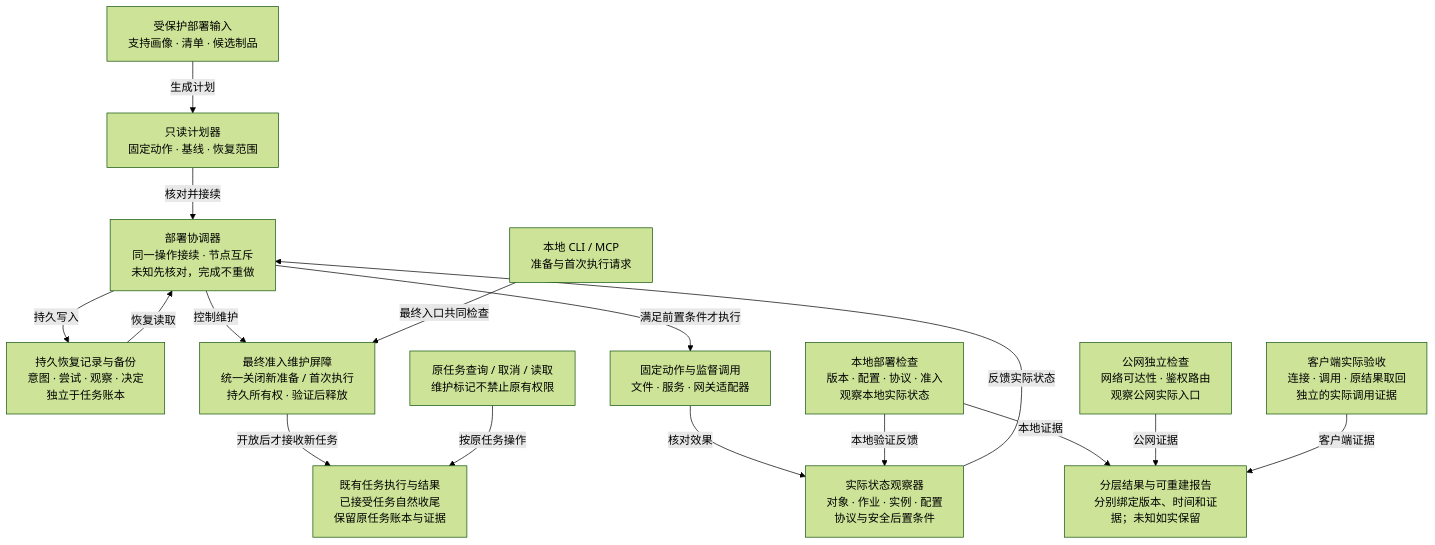
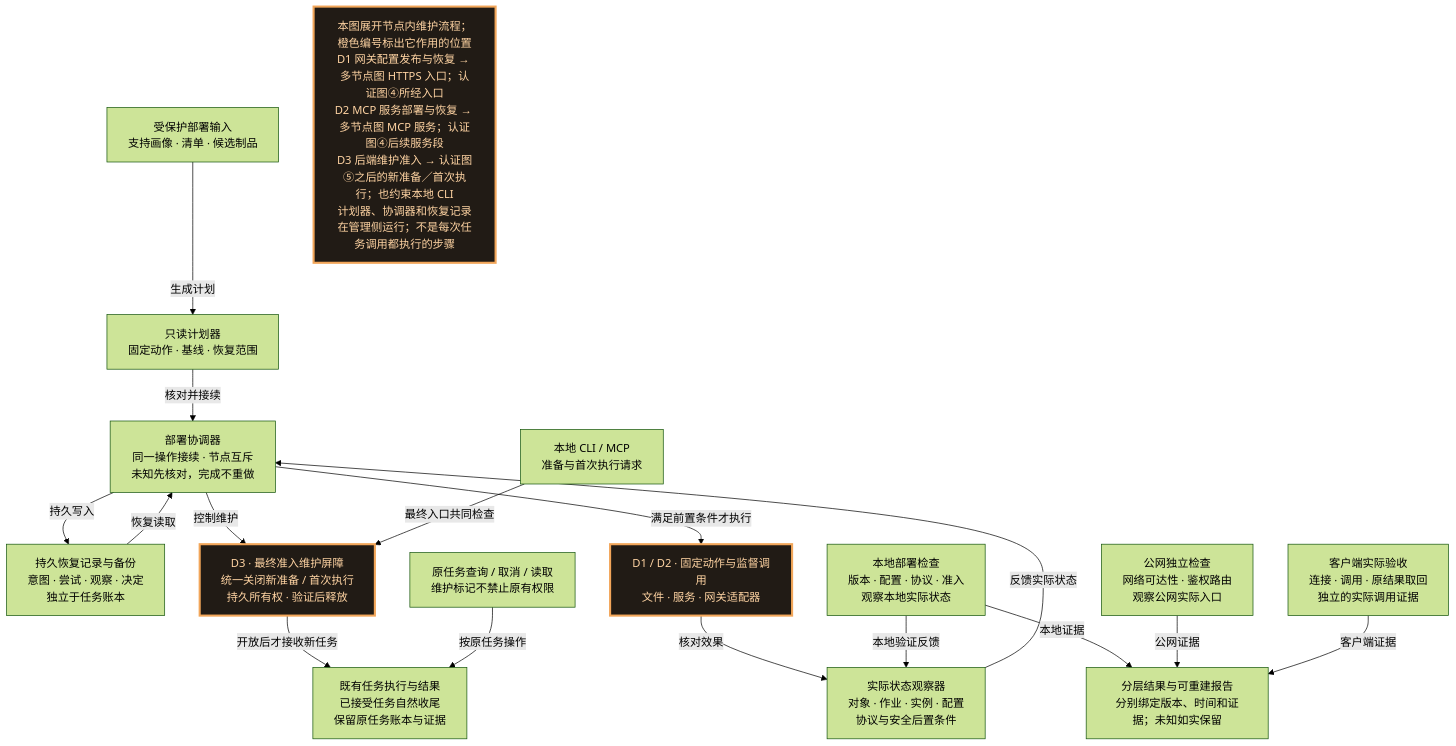
Before and after one commit to kongbu0621/infra-local-hand: the diagram in docs/diagrams/deployment-recovery-target.mmd, drawn with Mermaid (forest theme). The commit also changed 7 other files, not shown here.

Commit message:
docs: mark deployment refactor locations across architecture diagrams

```diff
--- a/docs/diagrams/deployment-recovery-target.mmd
+++ b/docs/diagrams/deployment-recovery-target.mmd
@@ -1,33 +1,39 @@
 %% 设计中；与 deployment-recovery-target.svg 同步维护。
 %% 部署不重放业务；切换可能短时断连；保留独立本地恢复通路。
 %% 三层检查独立取证；故障解除、证据齐备后须在预定预算内达到预定终态。
+%% D1/D2：固定动作适配器对应另外两图中的 HTTPS／网关与 MCP 服务（认证调用④服务段）。
+%% D3：最终准入屏障对应作业后端维护准入（认证调用⑤之后，也约束本地 CLI）。
+%% 部署维护是管理侧流程；这些编号是跨图位置标记，不是新增的任务调用步骤。
 flowchart TB
     A["受保护部署输入<br/>支持画像 · 清单 · 候选制品"]
     B["只读计划器<br/>固定动作 · 基线 · 恢复范围"]
     I["本地 CLI / MCP<br/>准备与首次执行请求"]
     D["持久恢复记录与备份<br/>意图 · 尝试 · 观察 · 决定<br/>独立于任务账本"]
     C["部署协调器<br/>同一操作接续 · 节点互斥<br/>未知先核对，完成不重做"]
-    E["最终准入维护屏障<br/>统一关闭新准备 / 首次执行<br/>持久所有权 · 验证后释放"]
+    E["D3 · 最终准入维护屏障<br/>统一关闭新准备 / 首次执行<br/>持久所有权 · 验证后释放"]
     G["实际状态观察器<br/>对象 · 作业 · 实例 · 配置<br/>协议与安全后置条件"]
-    F["固定动作与监督调用<br/>文件 · 服务 · 网关适配器"]
+    F["D1 / D2 · 固定动作与监督调用<br/>文件 · 服务 · 网关适配器"]
     T["既有任务执行与结果<br/>已接受任务自然收尾<br/>保留原任务账本与证据"]
     Q["原任务查询 / 取消 / 读取<br/>维护标记不禁止原有权限"]
     H["本地部署检查<br/>版本 · 配置 · 协议 · 准入<br/>观察本地实际状态"]
     J["公网独立检查<br/>网络可达性 · 鉴权路由<br/>观察公网实际入口"]
     K["客户端实际验收<br/>连接 · 调用 · 原结果取回<br/>独立的实际调用证据"]
     R["分层结果与可重建报告<br/>分别绑定版本、时间和证据；未知如实保留"]
     A -->|"生成计划"| B
     B -->|"核对并接续"| C
     C -->|"持久写入"| D
     D -->|"恢复读取"| C
     C -->|"控制维护"| E
     I -->|"最终入口共同检查"| E
     C -->|"满足前置条件才执行"| F
     F -->|"核对效果"| G
     G -->|"反馈实际状态"| C
     E -->|"开放后才接收新任务"| T
     Q -->|"按原任务操作"| T
     H -->|"本地验证反馈"| G
     H -->|"本地证据"| R
     J -->|"公网证据"| R
     K -->|"客户端证据"| R
+    LOCATION_NOTE["本图展开节点内维护流程；橙色编号标出它作用的位置<br/>D1 网关配置发布与恢复 → 多节点图 HTTPS 入口；认证图④所经入口<br/>D2 MCP 服务部署与恢复 → 多节点图 MCP 服务；认证图④后续服务段<br/>D3 后端维护准入 → 认证图⑤之后的新准备／首次执行；也约束本地 CLI<br/>计划器、协调器和恢复记录在管理侧运行；不是每次任务调用都执行的步骤"]
+    classDef refactor fill:#211b15,stroke:#f2a65a,stroke-width:3px,color:#ffd4a3;
+    class E,F,LOCATION_NOTE refactor;
```
